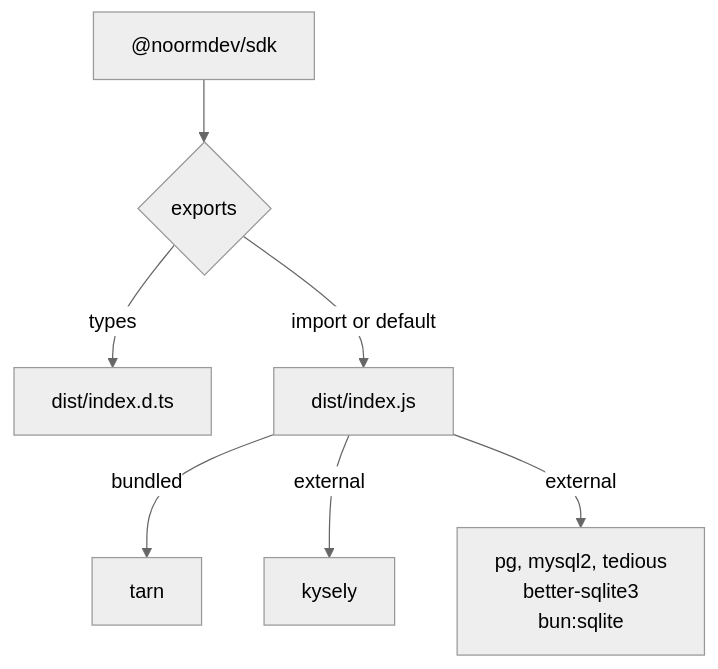
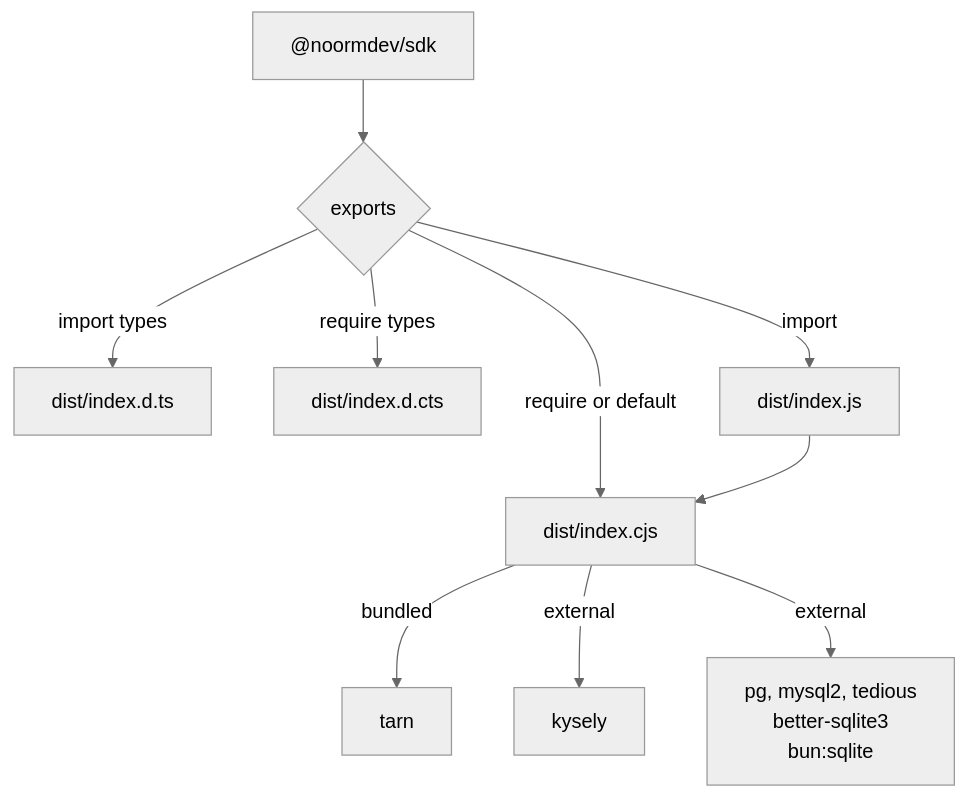
One commit to noormdev/noorm changed the second of 6 diagrams in docs/wiki/infra.md. Above: the diagram before and after it, drawn with Mermaid (neutral theme). The commit also changed other lines of this file and 14 other files, not shown here.

````diff
--- a/docs/wiki/infra.md
+++ b/docs/wiki/infra.md
@@ -38,10 +38,13 @@
 ```mermaid
 flowchart TD
     %% source: tsup.sdk.config.ts, packages/sdk/package.json, package.json
     P["@noormdev/sdk"] --> E{"exports"}
-    E -->|types| T["dist/index.d.ts"]
-    E -->|import or default| R["dist/index.js"]
+    E -->|import types| T["dist/index.d.ts"]
+    E -->|require types| CT["dist/index.d.cts"]
+    E -->|import| F["dist/index.js"]
+    E -->|require or default| R["dist/index.cjs"]
+    F --> R
     R -->|bundled| B["tarn"]
     R -->|external| K["kysely"]
     R -->|external| D["pg, mysql2, tedious<br/>better-sqlite3<br/>bun:sqlite"]
 ```
````
